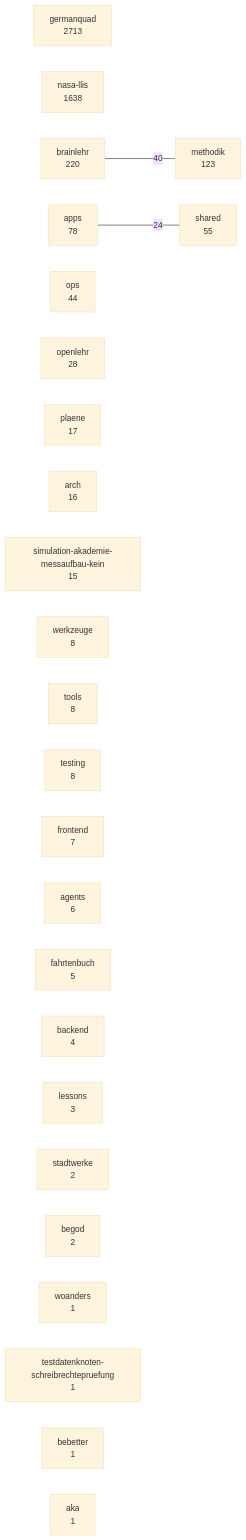
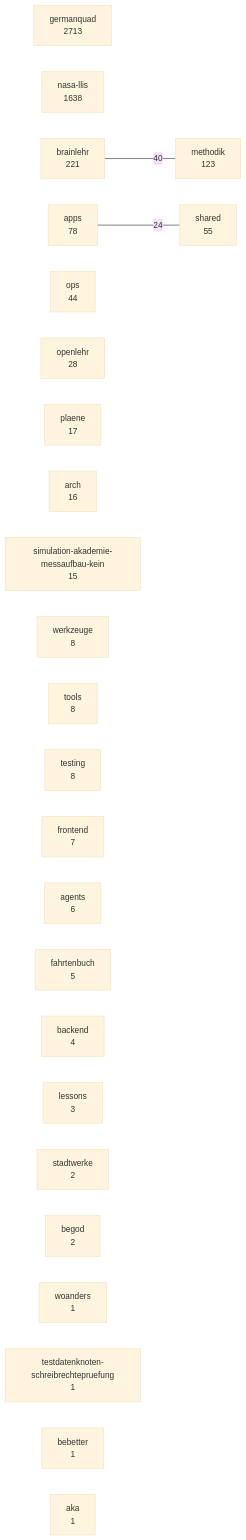
One commit to 3lehr/brainlehr changed the diagram in docs/karten/bestand.md. Above: the diagram before and after it, drawn with Mermaid (base theme). The commit also changed 9 other files, not shown here.

````diff
--- a/docs/karten/bestand.md
+++ b/docs/karten/bestand.md
@@ -5,30 +5,30 @@
 ```mermaid
 graph LR
   germanquad["germanquad<br/>2713"]
   nasa_llis["nasa-llis<br/>1638"]
-  brainlehr["brainlehr<br/>220"]
+  brainlehr["brainlehr<br/>221"]
   methodik["methodik<br/>123"]
   apps["apps<br/>78"]
   shared["shared<br/>55"]
   ops["ops<br/>44"]
   openlehr["openlehr<br/>28"]
   plaene["plaene<br/>17"]
   arch["arch<br/>16"]
   simulation_akademie_messaufbau_kein["simulation-akademie-messaufbau-kein<br/>15"]
   werkzeuge["werkzeuge<br/>8"]
   tools["tools<br/>8"]
   testing["testing<br/>8"]
   frontend["frontend<br/>7"]
   agents["agents<br/>6"]
   fahrtenbuch["fahrtenbuch<br/>5"]
   backend["backend<br/>4"]
   lessons["lessons<br/>3"]
   stadtwerke["stadtwerke<br/>2"]
   begod["begod<br/>2"]
   woanders["woanders<br/>1"]
   testdatenknoten_schreibrechtepruefung["testdatenknoten-schreibrechtepruefung<br/>1"]
   bebetter["bebetter<br/>1"]
   aka["aka<br/>1"]
   brainlehr ---|40| methodik
   apps ---|24| shared
 ```
````
